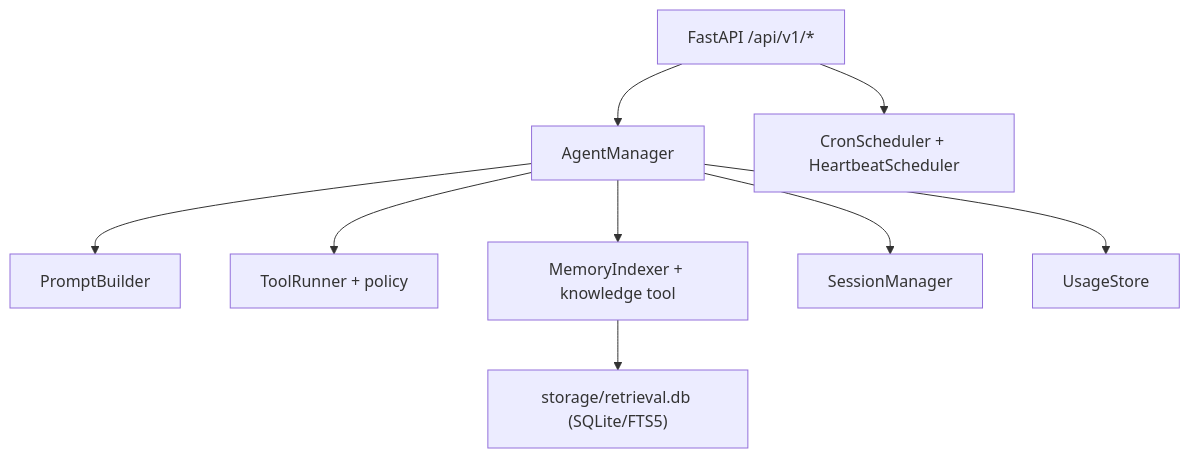
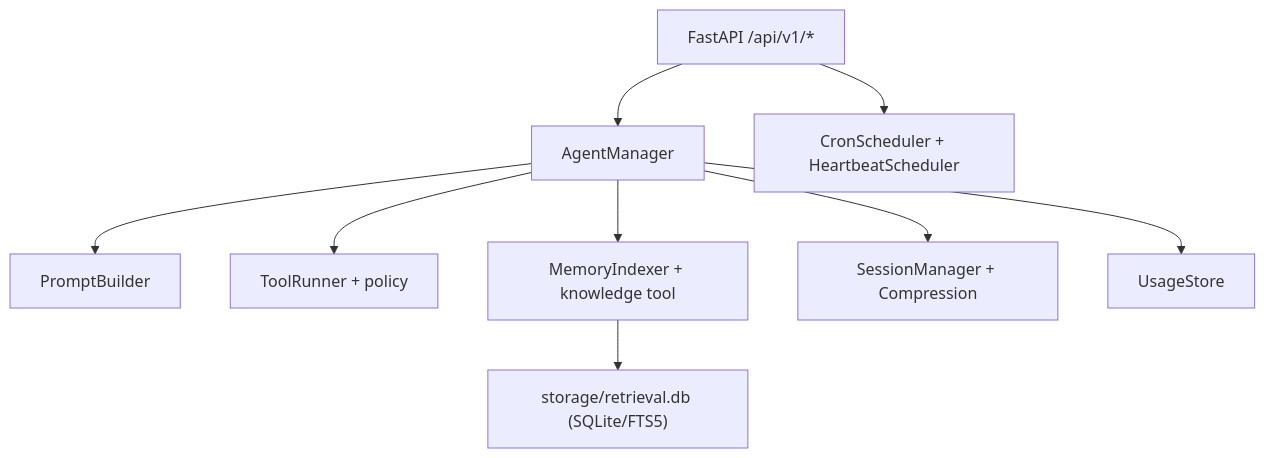
One commit to kaiqiangh/mini-openclaw-langchain changed the diagram in backend/README.md. Above: the diagram before and after it, drawn with Mermaid. The commit also changed other lines of this file and 3 other files, not shown here.

````diff
--- a/backend/README.md
+++ b/backend/README.md
@@ -29,11 +29,11 @@
 ```mermaid
 flowchart TB
   API["FastAPI /api/v1/*"] --> AM["AgentManager"]
   AM --> PROMPT["PromptBuilder"]
   AM --> TOOLS["ToolRunner + policy"]
   AM --> RETR["MemoryIndexer + knowledge tool"]
   RETR --> DB["storage/retrieval.db (SQLite/FTS5)"]
-  AM --> SESS["SessionManager"]
+  AM --> SESS["SessionManager + Compression"]
   AM --> USAGE["UsageStore"]
   API --> SCH["CronScheduler + HeartbeatScheduler"]
 ```
````
